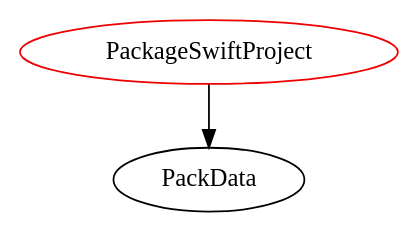
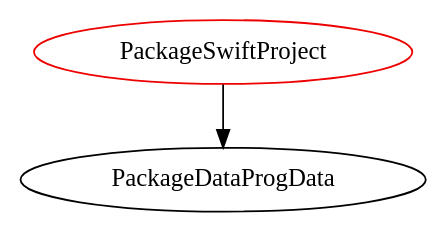
One commit to JacquesCarette/Drasil changed the diagram in analysis/TypeDependencyGraphs/code/PackageSwiftProject.dot. Above: the diagram before and after it, drawn with Graphviz. The commit also changed 253 other files, not shown here.

```diff
--- a/analysis/TypeDependencyGraphs/code/PackageSwiftProject.dot
+++ b/analysis/TypeDependencyGraphs/code/PackageSwiftProject.dot
@@ -1,4 +1,4 @@
 digraph packageswiftproject{
 PackageSwiftProject	[shape=oval, color=red2, label="PackageSwiftProject"];
-PackageSwiftProject -> PackData;
+PackageSwiftProject -> PackageDataProgData;
 }
```
